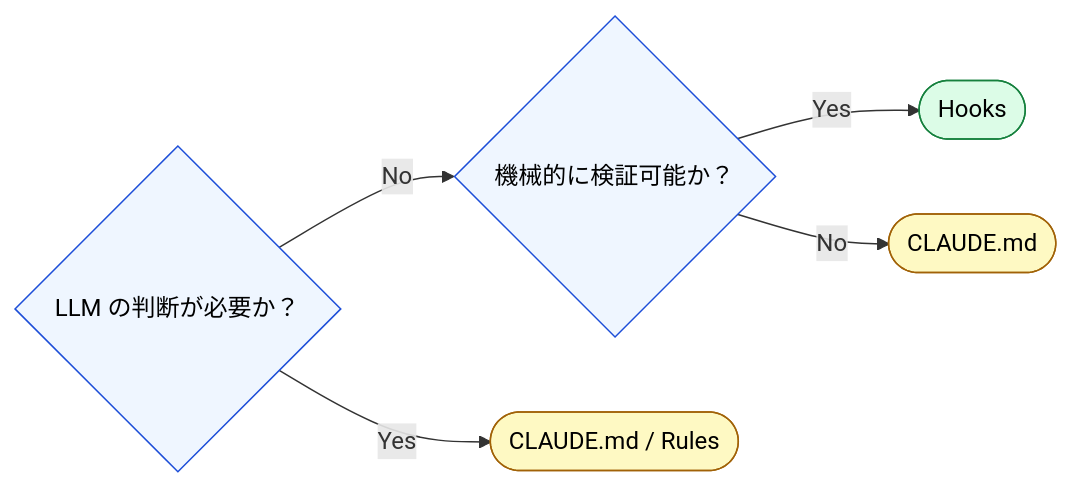
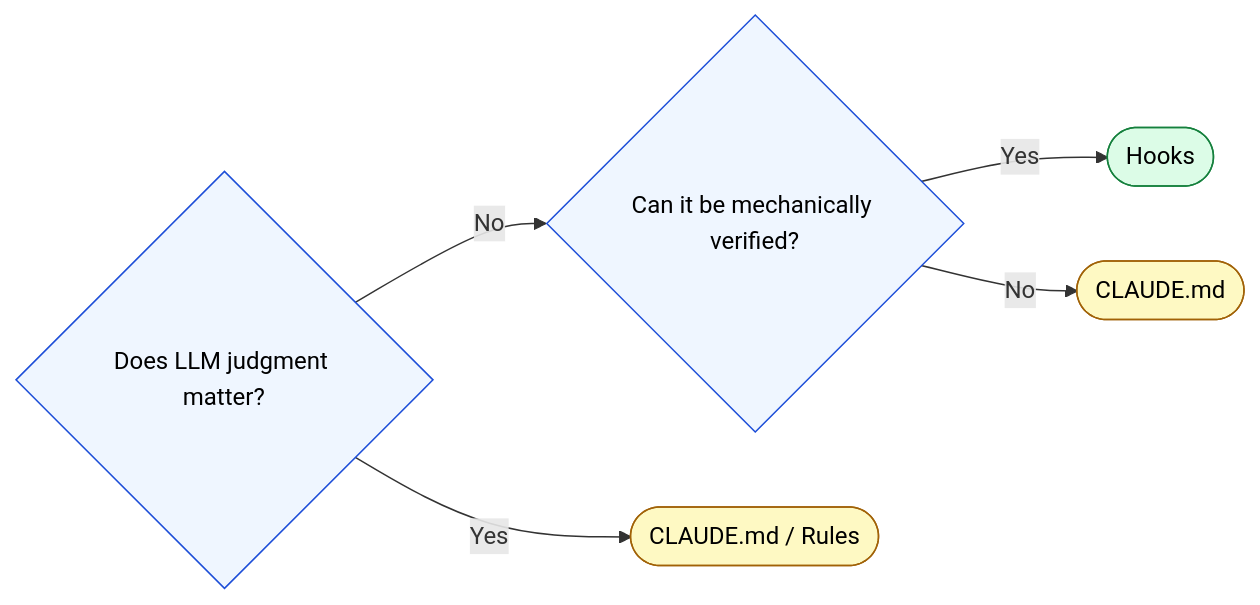
Before and after one commit to shuji-bonji/understanding-llm-through-claude-code: the diagram in docs/07-runtime-layer/why-not-in-context.md, drawn with Mermaid. The commit also changed other lines of this file and 100 other files, not shown here.

````diff
--- a/docs/07-runtime-layer/why-not-in-context.md
+++ b/docs/07-runtime-layer/why-not-in-context.md
@@ -26,19 +28,19 @@
 ```mermaid
 flowchart LR
-    Q1{"LLM の判断が必要か？"}
-    Q2{"機械的に検証可能か？"}
+    Q1{"Does LLM judgment matter?"}
+    Q2{"Can it be mechanically verified?"}
     CLAUDE(["CLAUDE.md / Rules"])
     HOOKS(["Hooks"])
     CLAUDE2(["CLAUDE.md"])
 
     Q1 -->|"Yes"| CLAUDE
     Q1 -->|"No"| Q2
     Q2 -->|"Yes"| HOOKS
     Q2 -->|"No"| CLAUDE2
 
     style Q1 fill:#eff6ff,stroke:#1d4ed8,color:#000
     style Q2 fill:#eff6ff,stroke:#1d4ed8,color:#000
     style CLAUDE fill:#fef9c3,stroke:#a16207,color:#000
     style HOOKS fill:#dcfce7,stroke:#15803d,color:#000
     style CLAUDE2 fill:#fef9c3,stroke:#a16207,color:#000
 ```
````
